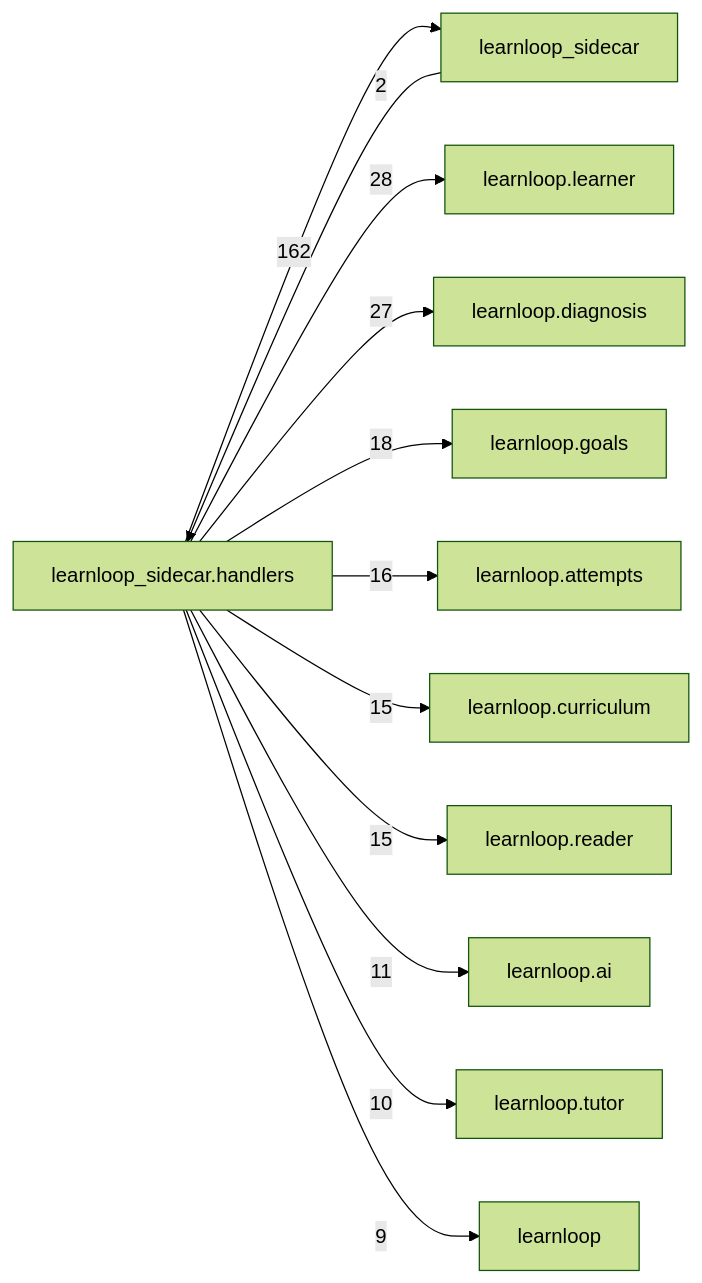
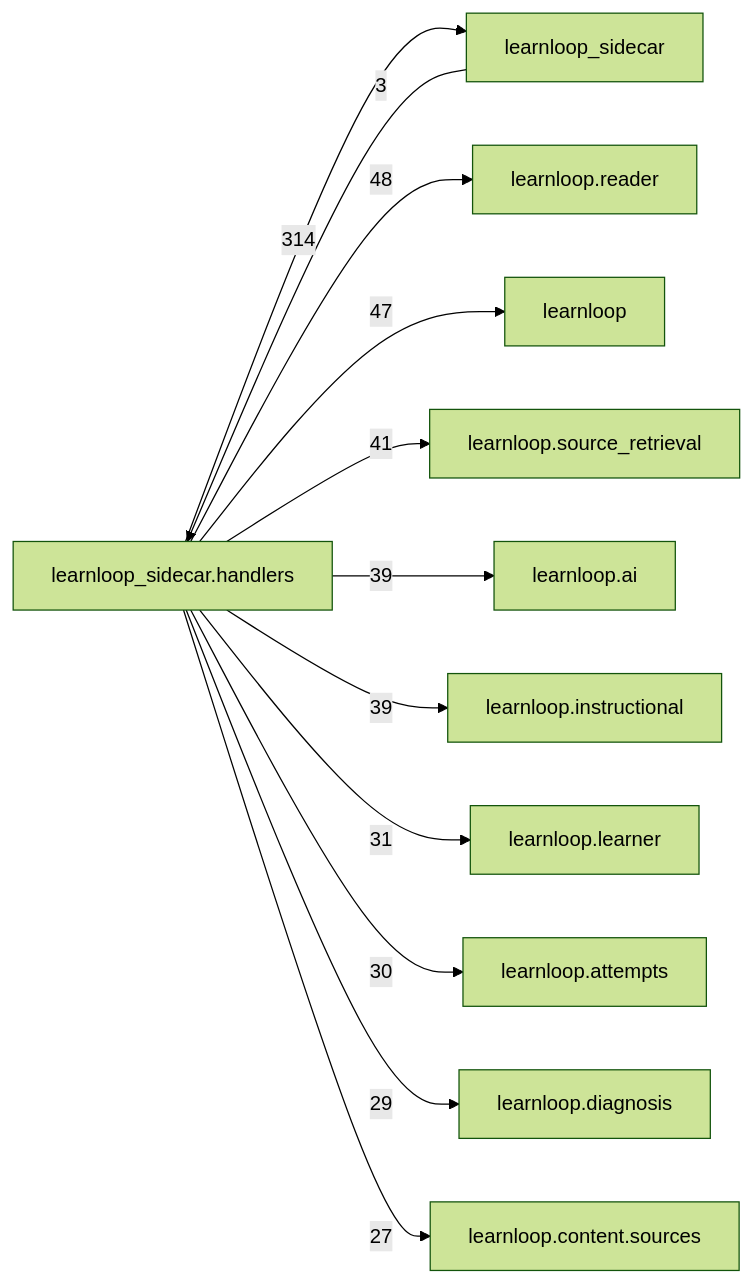
The diagram in docs/learnloop-architecture-vault/Reference/Modules/learnloop_sidecar/handlers/_package.md (6up-b/learnanything), drawn with Mermaid (forest theme) before and after one commit. The commit also changed other lines of this file and 1202 other files, not shown here.

````diff
--- a/docs/learnloop-architecture-vault/Reference/Modules/learnloop_sidecar/handlers/_package.md
+++ b/docs/learnloop-architecture-vault/Reference/Modules/learnloop_sidecar/handlers/_package.md
@@ -171,25 +261,25 @@
 ```mermaid
 flowchart LR
     center["learnloop_sidecar.handlers"]
     n_learnloop_sidecar["learnloop_sidecar"]
+    n_learnloop_reader["learnloop.reader"]
+    n_learnloop["learnloop"]
+    n_learnloop_source_retrieval["learnloop.source_retrieval"]
+    n_learnloop_ai["learnloop.ai"]
+    n_learnloop_instructional["learnloop.instructional"]
     n_learnloop_learner["learnloop.learner"]
+    n_learnloop_attempts["learnloop.attempts"]
     n_learnloop_diagnosis["learnloop.diagnosis"]
-    n_learnloop_goals["learnloop.goals"]
-    n_learnloop_attempts["learnloop.attempts"]
-    n_learnloop_curriculum["learnloop.curriculum"]
-    n_learnloop_reader["learnloop.reader"]
-    n_learnloop_ai["learnloop.ai"]
-    n_learnloop_tutor["learnloop.tutor"]
-    n_learnloop["learnloop"]
-    n_learnloop_sidecar -->|2| center
-    center -->|162| n_learnloop_sidecar
-    center -->|28| n_learnloop_learner
-    center -->|27| n_learnloop_diagnosis
-    center -->|18| n_learnloop_goals
-    center -->|16| n_learnloop_attempts
-    center -->|15| n_learnloop_curriculum
-    center -->|15| n_learnloop_reader
-    center -->|11| n_learnloop_ai
-    center -->|10| n_learnloop_tutor
-    center -->|9| n_learnloop
+    n_learnloop_content_sources["learnloop.content.sources"]
+    n_learnloop_sidecar -->|3| center
+    center -->|314| n_learnloop_sidecar
+    center -->|48| n_learnloop_reader
+    center -->|47| n_learnloop
+    center -->|41| n_learnloop_source_retrieval
+    center -->|39| n_learnloop_ai
+    center -->|39| n_learnloop_instructional
+    center -->|31| n_learnloop_learner
+    center -->|30| n_learnloop_attempts
+    center -->|29| n_learnloop_diagnosis
+    center -->|27| n_learnloop_content_sources
 ```
````
